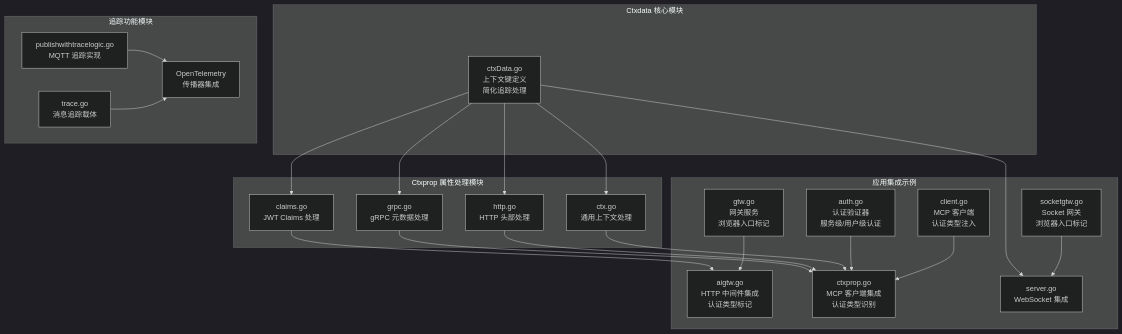
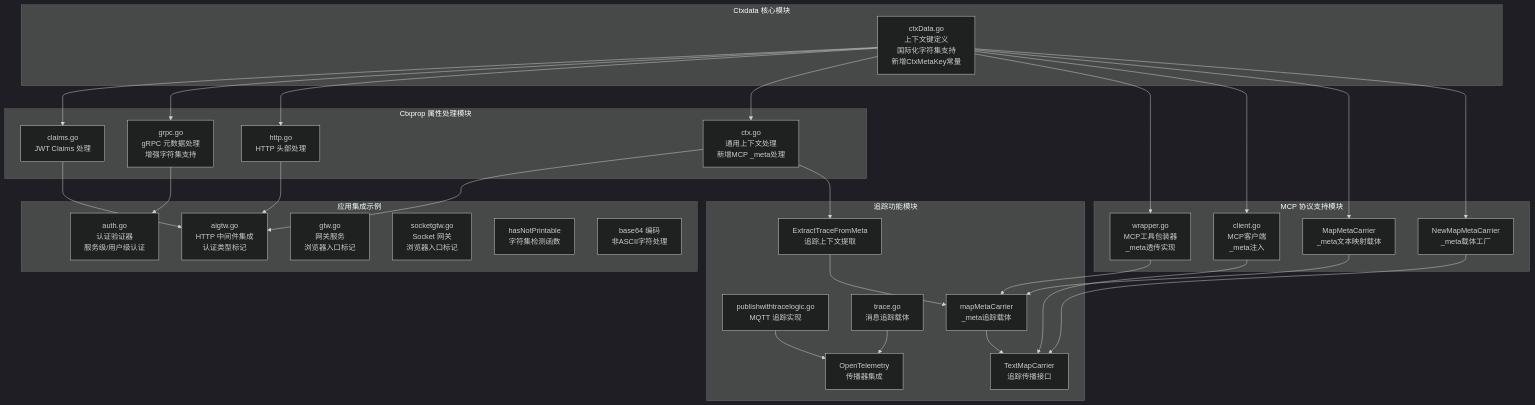
One commit to maomao94/zero-service changed the first of 19 diagrams in .qoder/repowiki/zh/content/Ctxdata Context Management.md. Above: the diagram before and after it, drawn with Mermaid (dark theme). The commit also changed other lines of this file and 42 other files, not shown here.

````diff
--- a/.qoder/repowiki/zh/content/Ctxdata Context Management.md
+++ b/.qoder/repowiki/zh/content/Ctxdata Context Management.md
@@ -59,41 +62,55 @@
 ```mermaid
 graph TB
 subgraph "Ctxdata 核心模块"
-A[ctxData.go<br/>上下文键定义<br/>简化追踪处理]
+A[ctxData.go<br/>上下文键定义<br/>国际化字符集支持<br/>新增CtxMetaKey常量]
 end
 subgraph "Ctxprop 属性处理模块"
 B[claims.go<br/>JWT Claims 处理]
-C[grpc.go<br/>gRPC 元数据处理]
+C[grpc.go<br/>gRPC 元数据处理<br/>增强字符集支持]
 D[http.go<br/>HTTP 头部处理]
-E[ctx.go<br/>通用上下文处理]
+E[ctx.go<br/>通用上下文处理<br/>新增MCP _meta处理]
+end
+subgraph "MCP 协议支持模块"
+F[wrapper.go<br/>MCP工具包装器<br/>_meta透传实现]
+G[client.go<br/>MCP客户端<br/>_meta注入]
+H[MapMetaCarrier<br/>_meta文本映射载体]
+I[NewMapMetaCarrier<br/>_meta载体工厂]
 end
 subgraph "追踪功能模块"
-F[publishwithtracelogic.go<br/>MQTT 追踪实现]
-G[trace.go<br/>消息追踪载体]
-H[OpenTelemetry<br/>传播器集成]
+J[publishwithtracelogic.go<br/>MQTT 追踪实现]
+K[trace.go<br/>消息追踪载体]
+L[OpenTelemetry<br/>传播器集成]
+M[ExtractTraceFromMeta<br/>追踪上下文提取]
+N[mapMetaCarrier<br/>_meta追踪载体]
+O[TextMapCarrier<br/>追踪传播接口]
 end
 subgraph "应用集成示例"
-I[aigtw.go<br/>HTTP 中间件集成<br/>认证类型标记]
-J[ctxprop.go<br/>MCP 客户端集成<br/>认证类型识别]
-K[server.go<br/>WebSocket 集成]
-L[auth.go<br/>认证验证器<br/>服务级/用户级认证]
-M[gtw.go<br/>网关服务<br/>浏览器入口标记]
-N[socketgtw.go<br/>Socket 网关<br/>浏览器入口标记]
-O[client.go<br/>MCP 客户端<br/>认证类型注入]
+P[aigtw.go<br/>HTTP 中间件集成<br/>认证类型标记]
+Q[auth.go<br/>认证验证器<br/>服务级/用户级认证]
+R[gtw.go<br/>网关服务<br/>浏览器入口标记]
+S[socketgtw.go<br/>Socket 网关<br/>浏览器入口标记]
+T[hasNotPrintable<br/>字符集检测函数]
+U[base64 编码<br/>非ASCII字符处理]
 end
 A --> B
 A --> C
 A --> D
 A --> E
-B --> I
-C --> J
-D --> J
-E --> J
-A --> K
-L --> J
-M --> I
-N --> K
-O --> J
-F --> H
-G --> H
+B --> P
+C --> Q
+D --> P
+E --> P
+A --> F
+A --> G
+A --> H
+A --> I
+E --> M
+F --> N
+G --> O
+H --> N
+I --> O
+J --> L
+K --> L
+M --> N
+N --> O
 ```
````
